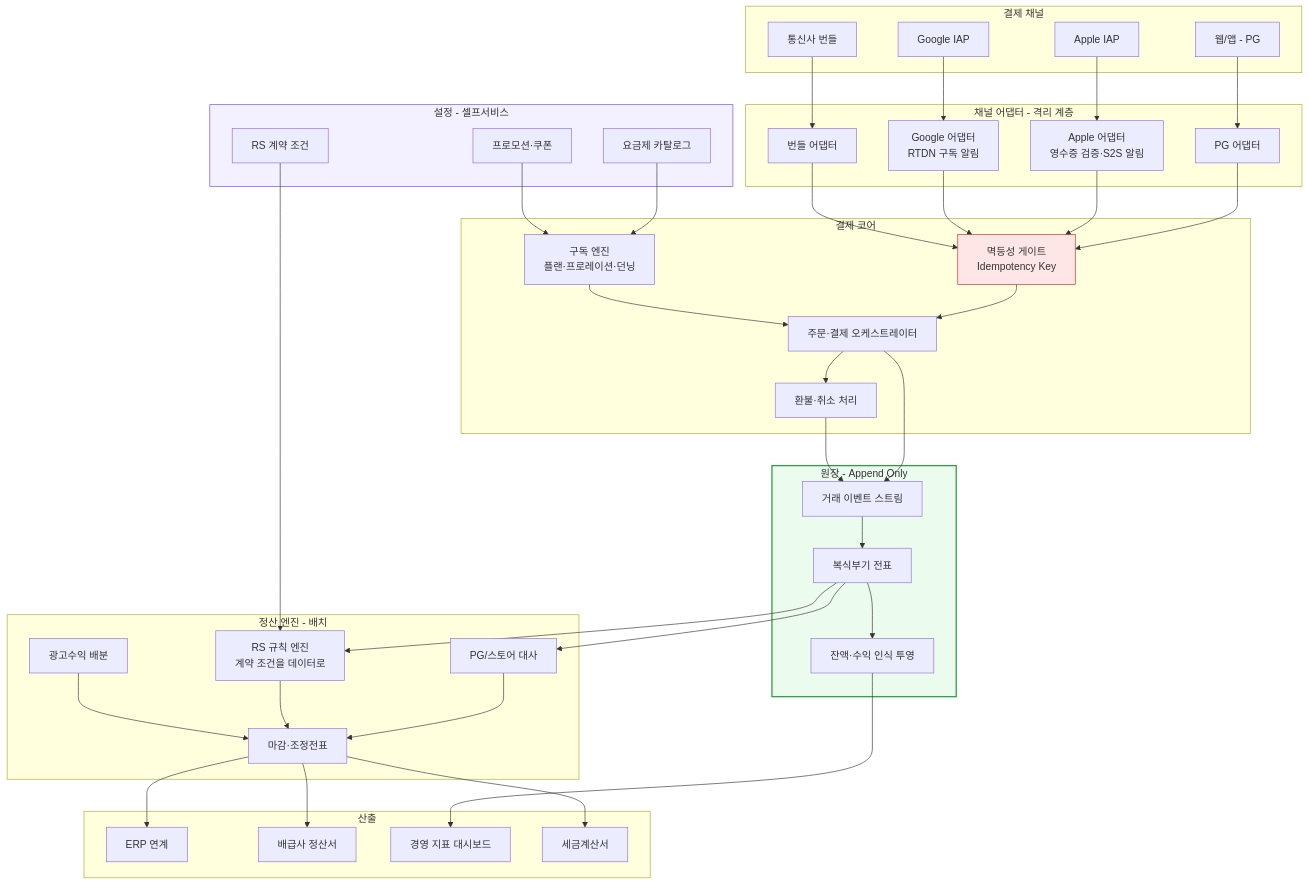
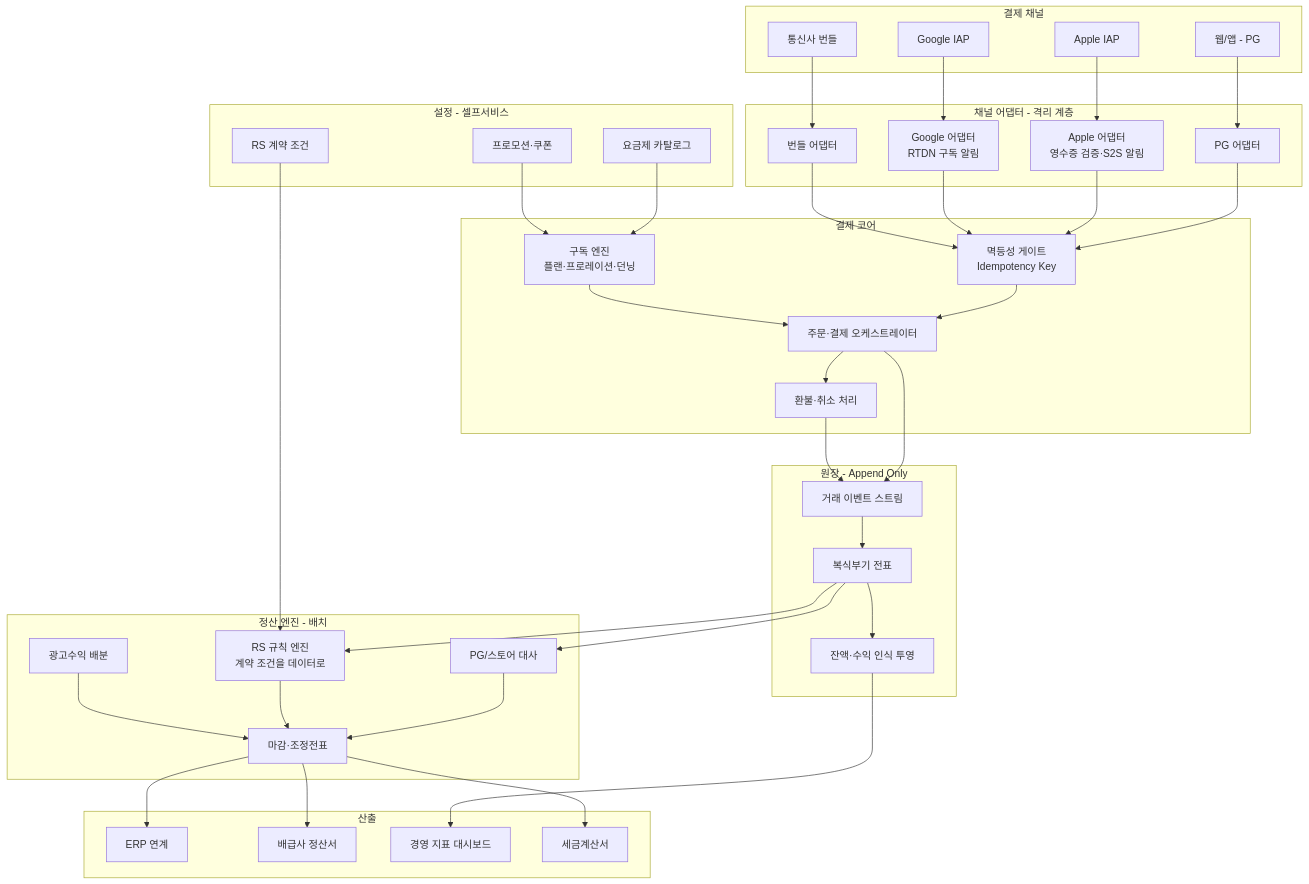
The second of 17 diagrams in pages/product-lead-loadmap/02_결제정산.md (withwooyong/withwooyong.github.io), drawn with Mermaid before and after one commit. The commit also changed other lines of this file and 16 other files, not shown here.

````diff
--- a/pages/product-lead-loadmap/02_결제정산.md
+++ b/pages/product-lead-loadmap/02_결제정산.md
@@ -222,79 +145,75 @@
 ```mermaid
-flowchart TB
+flowchart TD
     subgraph CH["결제 채널"]
         C1["웹/앱 - PG"]
         C2["Apple IAP"]
         C3["Google IAP"]
         C4["통신사 번들"]
     end
 
     subgraph ADP["채널 어댑터 - 격리 계층"]
         AD1["PG 어댑터"]
         AD2["Apple 어댑터<br/>영수증 검증·S2S 알림"]
         AD3["Google 어댑터<br/>RTDN 구독 알림"]
         AD4["번들 어댑터"]
     end
 
     subgraph CORE["결제 코어"]
         K1["멱등성 게이트<br/>Idempotency Key"]
         K2["구독 엔진<br/>플랜·프로레이션·던닝"]
         K3["주문·결제 오케스트레이터"]
         K4["환불·취소 처리"]
     end
 
     subgraph LG["원장 - Append Only"]
         G1["거래 이벤트 스트림"]
         G2["복식부기 전표"]
         G3["잔액·수익 인식 투영"]
     end
 
     subgraph ST["정산 엔진 - 배치"]
         T1["PG/스토어 대사"]
         T2["RS 규칙 엔진<br/>계약 조건을 데이터로"]
         T3["광고수익 배분"]
         T4["마감·조정전표"]
     end
 
     subgraph OUT["산출"]
         U1["ERP 연계"]
         U2["배급사 정산서"]
         U3["경영 지표 대시보드"]
         U4["세금계산서"]
     end
 
     subgraph CFG["설정 - 셀프서비스"]
         F1["요금제 카탈로그"]
         F2["프로모션·쿠폰"]
         F3["RS 계약 조건"]
     end
 
     C1 --> AD1 --> K1
     C2 --> AD2 --> K1
     C3 --> AD3 --> K1
     C4 --> AD4 --> K1
 
     K1 --> K3
     K2 --> K3
     K3 --> K4
     K3 --> G1
     K4 --> G1
 
     G1 --> G2 --> G3
 
     G2 --> T1 --> T4
     G2 --> T2 --> T4
     T3 --> T4
 
     T4 --> U1
     T4 --> U2
     G3 --> U3
     T4 --> U4
 
     F1 --> K2
     F2 --> K2
     F3 --> T2
-
-    style LG fill:#ebfbee,stroke:#2f9e44,stroke-width:2px
-    style K1 fill:#ffe6e6,stroke:#c92a2a
-    style CFG fill:#f3f0ff,stroke:#7048e8
 ```
````
